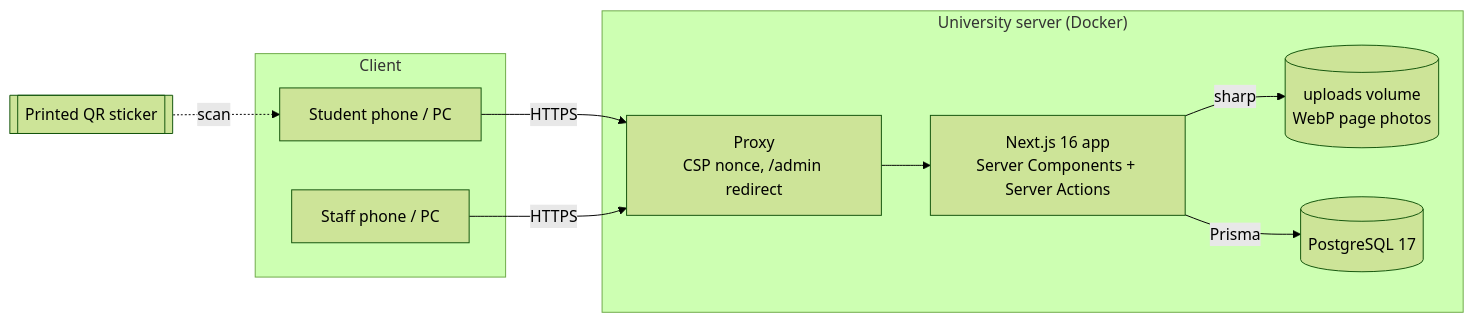
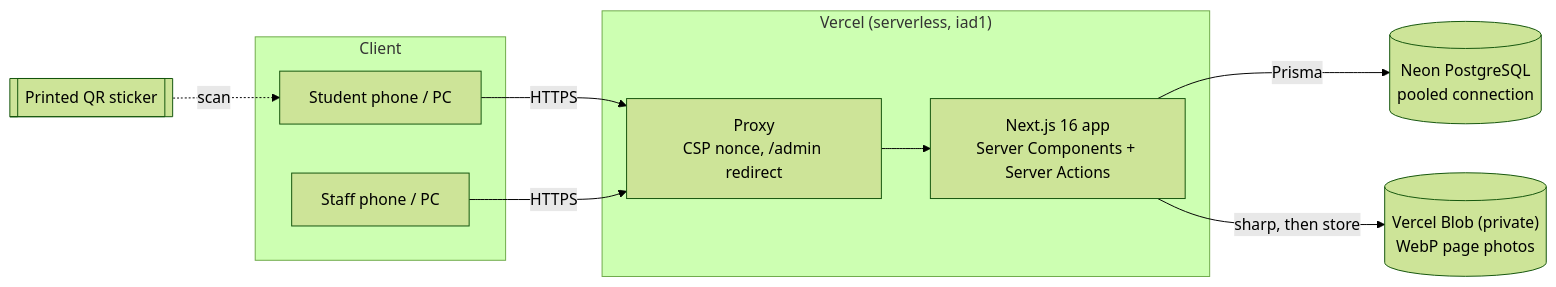
One commit to SUDARSUN-24/siam-library changed the first of 5 diagrams in REPORT.md. Above: the diagram before and after it, drawn with Mermaid (forest theme). The commit also changed other lines of this file and 20 other files, not shown here.

First line of the commit message:
Phase 7: deploy on Vercel (Neon Postgres, private Vercel Blob photos, DB-backed login rate limit)

````diff
--- a/REPORT.md
+++ b/REPORT.md
@@ -81,19 +84,19 @@
 ```mermaid
 flowchart LR
   subgraph Client
     S[Student phone / PC]
     T[Staff phone / PC]
   end
-  subgraph Server["University server (Docker)"]
+  subgraph Vercel["Vercel (serverless, iad1)"]
     P["Proxy<br/>CSP nonce, /admin redirect"]
     N["Next.js 16 app<br/>Server Components + Server Actions"]
-    U[("uploads volume<br/>WebP page photos")]
-    D[("PostgreSQL 17")]
   end
+  U[("Vercel Blob (private)<br/>WebP page photos")]
+  D[("Neon PostgreSQL<br/>pooled connection")]
   QR[[Printed QR sticker]] -. scan .-> S
   S -- HTTPS --> P
   T -- HTTPS --> P
   P --> N
   N -- Prisma --> D
-  N -- sharp --> U
+  N -- sharp, then store --> U
 ```
````
